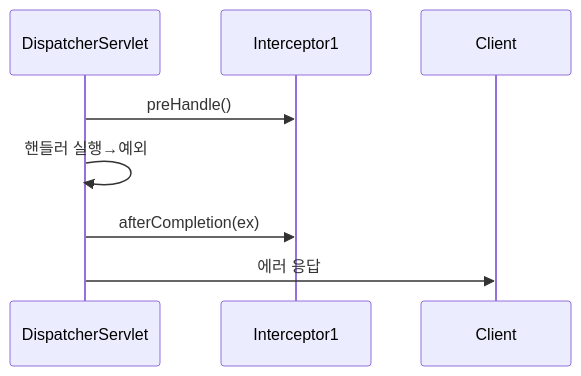
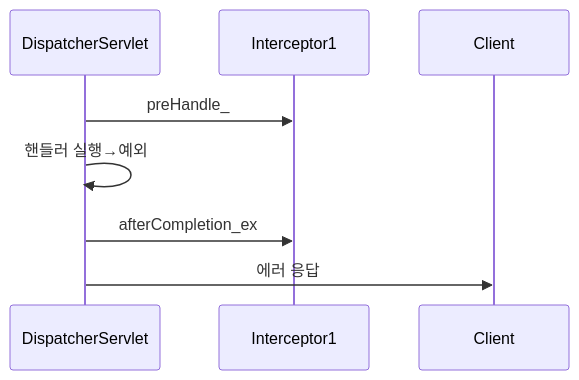
The fifth of 8 diagrams in _posts/spring/2026-05-02-spring-interceptor.md (yjkim2015/yjkim2015.github.io), drawn with Mermaid before and after one commit. The commit also changed other lines of this file and 85 other files, not shown here.

First line of the commit message:
sequenceDiagram 문법 에러 2차 수정 169개 (86파일)

````diff
--- a/_posts/spring/2026-05-02-spring-interceptor.md
+++ b/_posts/spring/2026-05-02-spring-interceptor.md
@@ -339,7 +339,7 @@
 ```mermaid
 sequenceDiagram
-    DispatcherServlet->>Interceptor1: preHandle()
+    DispatcherServlet->>Interceptor1: preHandle_
     DispatcherServlet->>DispatcherServlet: 핸들러 실행→예외
-    DispatcherServlet->>Interceptor1: afterCompletion(ex)
+    DispatcherServlet->>Interceptor1: afterCompletion_ex
     DispatcherServlet->>Client: 에러 응답
 ```
````
